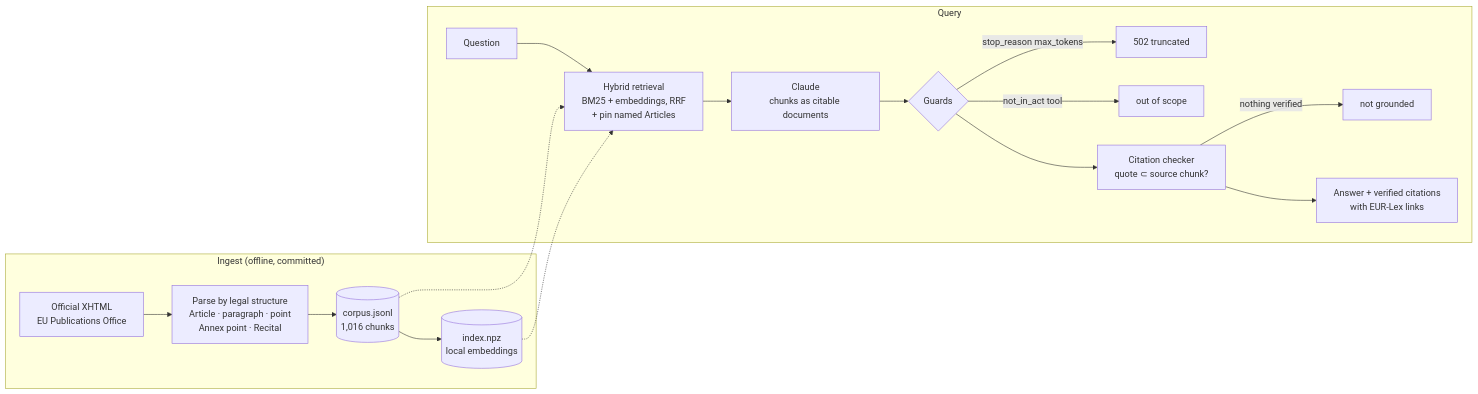
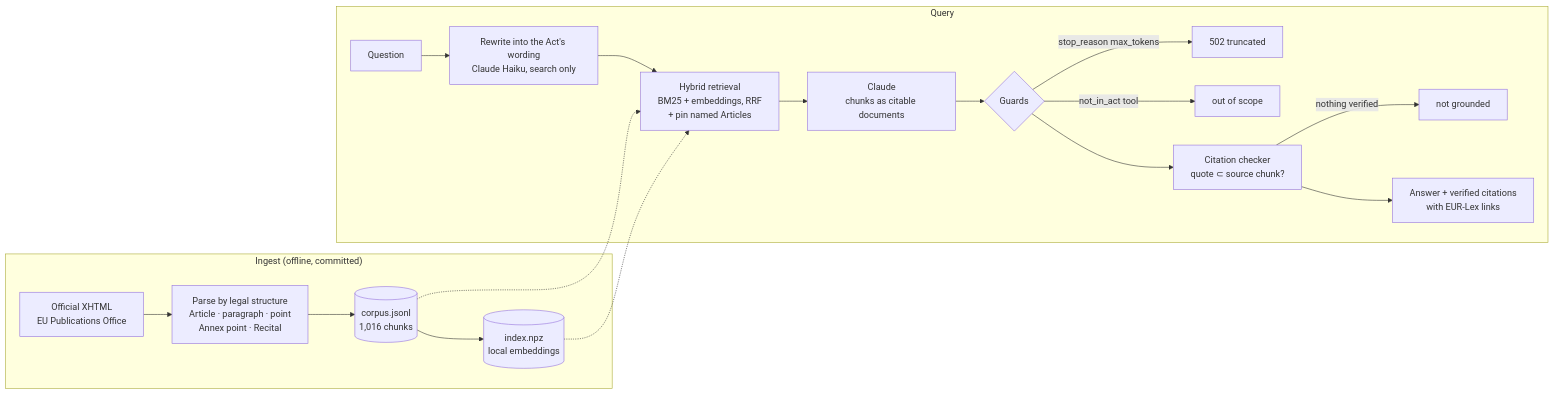
Before and after one commit to Finjineersdev/eu-ai-act-rag: the diagram in README.md, drawn with Mermaid. The commit also changed other lines of this file and 3 other files, not shown here.

````diff
--- a/README.md
+++ b/README.md
@@ -30,20 +30,21 @@
 ```mermaid
 flowchart LR
     subgraph Ingest["Ingest (offline, committed)"]
         A[Official XHTML<br/>EU Publications Office] --> B[Parse by legal structure<br/>Article · paragraph · point<br/>Annex point · Recital]
         B --> C[(corpus.jsonl<br/>1,016 chunks)]
         C --> D[(index.npz<br/>local embeddings)]
     end
     subgraph Query
-        Q[Question] --> R[Hybrid retrieval<br/>BM25 + embeddings, RRF<br/>+ pin named Articles]
+        Q[Question] --> W[Rewrite into the Act's wording<br/>Claude Haiku, search only]
+        W --> R[Hybrid retrieval<br/>BM25 + embeddings, RRF<br/>+ pin named Articles]
         R --> L[Claude<br/>chunks as citable documents]
         L --> G{Guards}
         G -->|stop_reason max_tokens| T[502 truncated]
         G -->|not_in_act tool| O[out of scope]
         G --> V[Citation checker<br/>quote ⊂ source chunk?]
         V -->|nothing verified| N[not grounded]
         V --> OK[Answer + verified citations<br/>with EUR-Lex links]
     end
     C -.-> R
     D -.-> R
 ```
````
